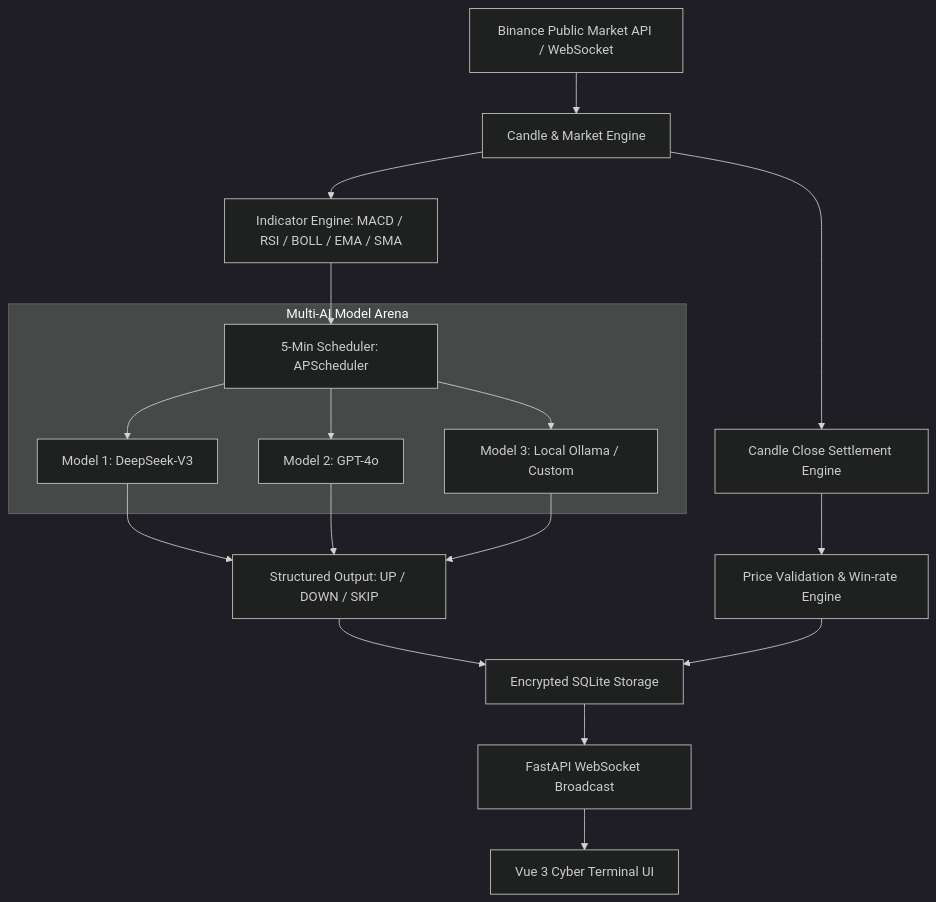
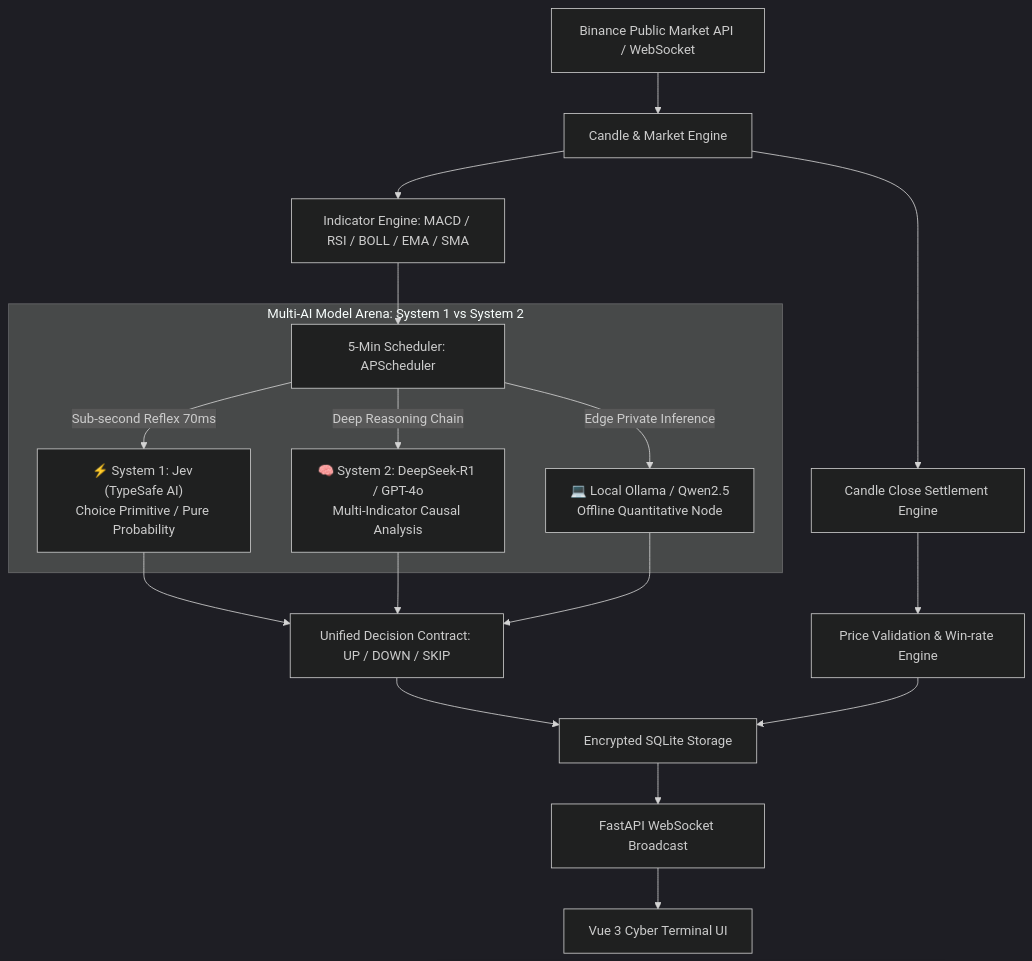
The diagram in README_EN.md (koala9527/vectorbtc), drawn with Mermaid (dark theme) before and after one commit. The commit also changed other lines of this file and 1 other file, not shown here.

Commit message:
docs: add Jev (TypeSafe AI) System 1 decision model showcase and dual-process architecture to README

````diff
--- a/README_EN.md
+++ b/README_EN.md
@@ -67,22 +74,22 @@
 ```mermaid
 graph TD
     A[Binance Public Market API / WebSocket] --> B[Candle & Market Engine]
     B --> C[Indicator Engine: MACD / RSI / BOLL / EMA / SMA]
     C --> D[5-Min Scheduler: APScheduler]
     
-    subgraph Multi-AI Model Arena
-        D --> M1[Model 1: DeepSeek-V3]
-        D --> M2[Model 2: GPT-4o]
-        D --> M3[Model 3: Local Ollama / Custom]
+    subgraph Multi-AI Model Arena: System 1 vs System 2
+        D -->|Sub-second Reflex 70ms| S1["⚡ System 1: Jev (TypeSafe AI)<br/>Choice Primitive / Pure Probability"]
+        D -->|Deep Reasoning Chain| S2["🧠 System 2: DeepSeek-R1 / GPT-4o<br/>Multi-Indicator Causal Analysis"]
+        D -->|Edge Private Inference| S3["💻 Local Ollama / Qwen2.5<br/>Offline Quantitative Node"]
     end
 
-    M1 & M2 & M3 --> E[Structured Output: UP / DOWN / SKIP]
+    S1 & S2 & S3 --> E[Unified Decision Contract: UP / DOWN / SKIP]
     E --> F[Encrypted SQLite Storage]
     
     B --> G[Candle Close Settlement Engine]
     G --> H[Price Validation & Win-rate Engine]
     H --> F
     
     F --> I[FastAPI WebSocket Broadcast]
     I --> J[Vue 3 Cyber Terminal UI]
 ```
````
